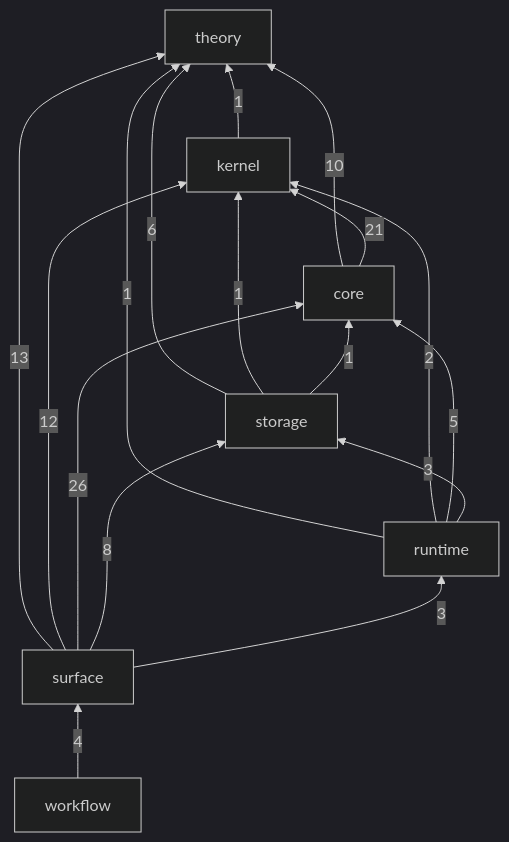
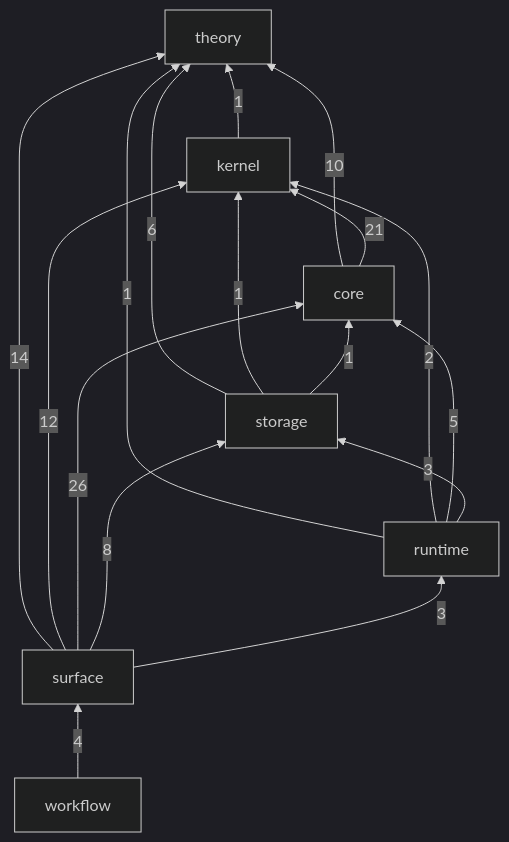
One commit to gandr-lang/gandr changed the diagram in ledger/README.md. Above: the diagram before and after it, drawn with Mermaid (dark theme). The commit also changed 8 other files, not shown here.

````diff
--- a/ledger/README.md
+++ b/ledger/README.md
@@ -28,26 +28,26 @@
 ```mermaid
 flowchart BT
   theory
   kernel
   core
   storage
   runtime
   surface
   workflow
   kernel -->|1| theory
   core -->|10| theory
   core -->|21| kernel
   storage -->|6| theory
   storage -->|1| kernel
   storage -->|1| core
   runtime -->|1| theory
   runtime -->|2| kernel
   runtime -->|5| core
   runtime -->|3| storage
-  surface -->|13| theory
+  surface -->|14| theory
   surface -->|12| kernel
   surface -->|26| core
   surface -->|8| storage
   surface -->|3| runtime
   workflow -->|4| surface
 ```
````
